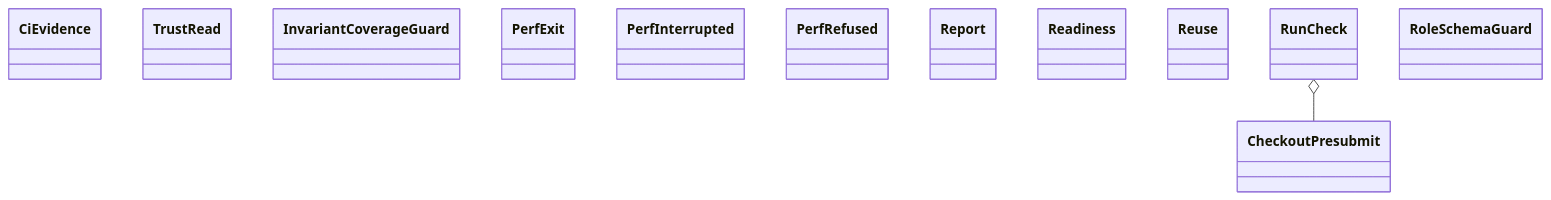
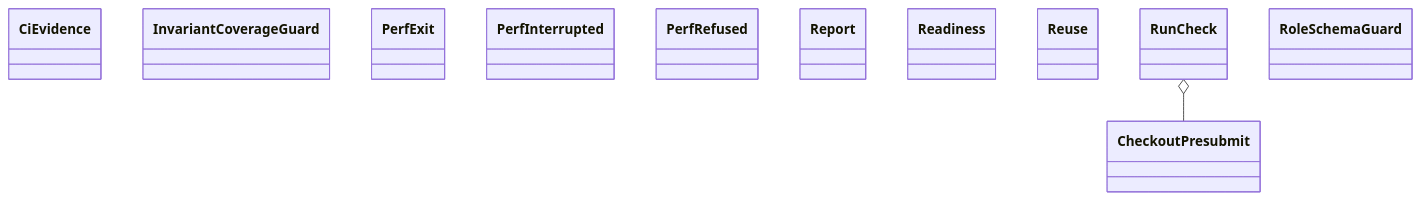
The diagram in docs/architecture/generated/classes-process-application-checks.md (GonzaloZevallos/agentic-system), drawn with Mermaid before and after one commit. The commit also changed other lines of this file and 23 other files, not shown here.

````diff
--- a/docs/architecture/generated/classes-process-application-checks.md
+++ b/docs/architecture/generated/classes-process-application-checks.md
@@ -17,16 +17,15 @@
 ```mermaid
 classDiagram
     class ci_review__CiEvidence["CiEvidence"]
-    class ci_trust__TrustRead["TrustRead"]
     class coverage_guard__InvariantCoverageGuard["InvariantCoverageGuard"]
     class perf__PerfExit["PerfExit"]
     class perf__PerfInterrupted["PerfInterrupted"]
     class perf__PerfRefused["PerfRefused"]
     class perf__Report["Report"]
     class presubmit__CheckoutPresubmit["CheckoutPresubmit"]
     class presubmit__Readiness["Readiness"]
     class presubmit__Reuse["Reuse"]
     class run_check__RunCheck["RunCheck"]
     class schema_guard__RoleSchemaGuard["RoleSchemaGuard"]
     run_check__RunCheck o-- presubmit__CheckoutPresubmit
 ```
````
